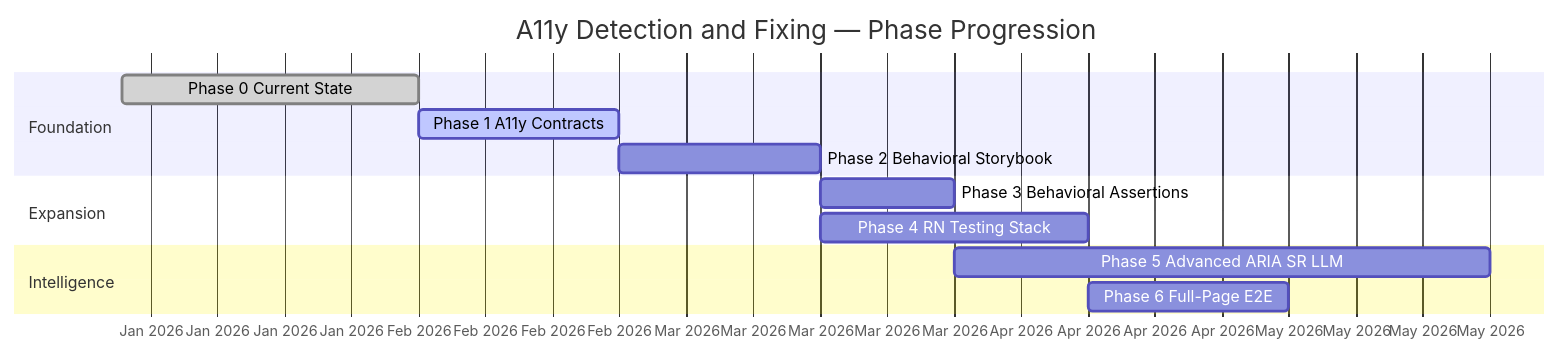
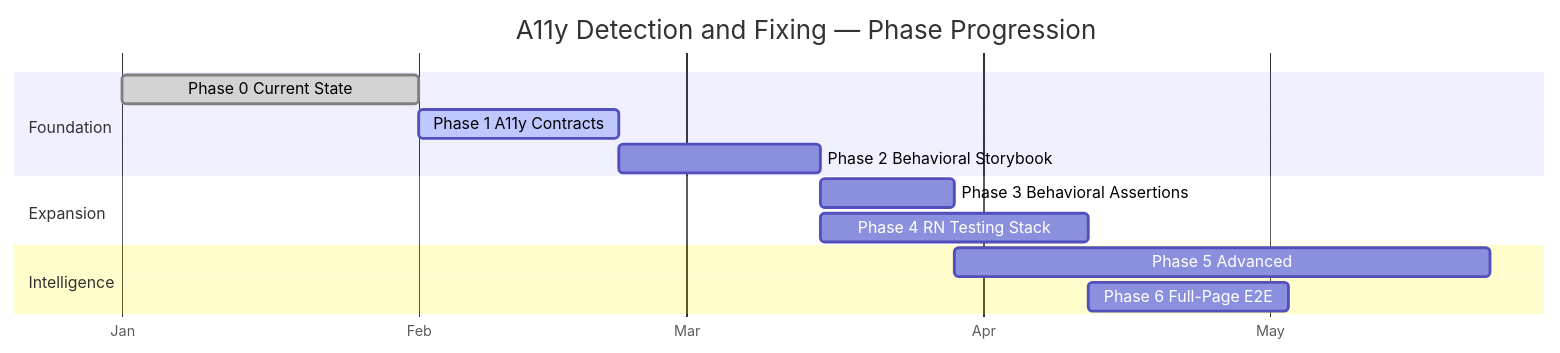
One commit to pietgk/vivief changed the second of 5 diagrams in docs/spec/accessibility-research/a11y-detect-fix-vision.md. Above: the diagram before and after it, drawn with Mermaid. The commit also changed other lines of this file, not shown here.

First line of the commit message:
fix(a11y): fix newline rendering and Gantt timescale in Mermaid diagrams

````diff
--- a/docs/spec/accessibility-research/a11y-detect-fix-vision.md
+++ b/docs/spec/accessibility-research/a11y-detect-fix-vision.md
@@ -247,19 +247,20 @@
 ```mermaid
 gantt
     title A11y Detection and Fixing — Phase Progression
     dateFormat YYYY-MM-DD
-    axisFormat %b %Y
+    tickInterval 1month
+    axisFormat %b
 
     section Foundation
     Phase 0 Current State       :done, p0, 2026-01-01, 2026-02-01
     Phase 1 A11y Contracts      :active, p1, 2026-02-01, 21d
     Phase 2 Behavioral Storybook :p2, after p1, 21d
 
     section Expansion
     Phase 3 Behavioral Assertions :p3, after p2, 14d
     Phase 4 RN Testing Stack     :p4, after p2, 28d
 
     section Intelligence
-    Phase 5 Advanced ARIA SR LLM :p5, after p3, 56d
+    Phase 5 Advanced             :p5, after p3, 56d
     Phase 6 Full-Page E2E        :p6, after p4, 21d
 ```
````
